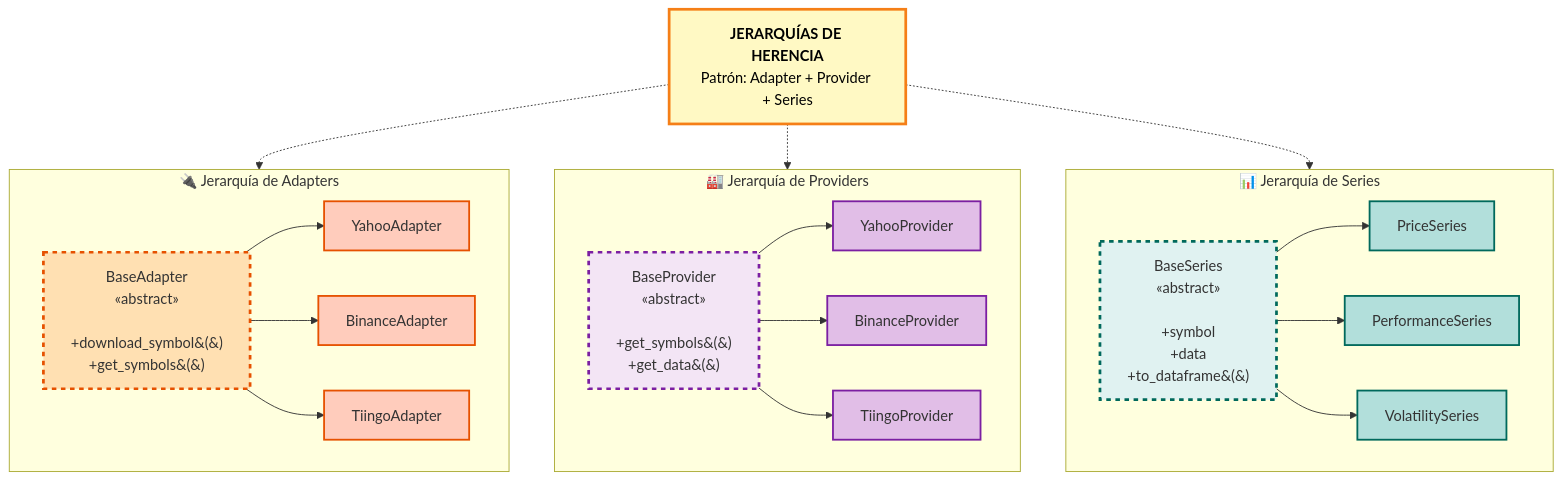
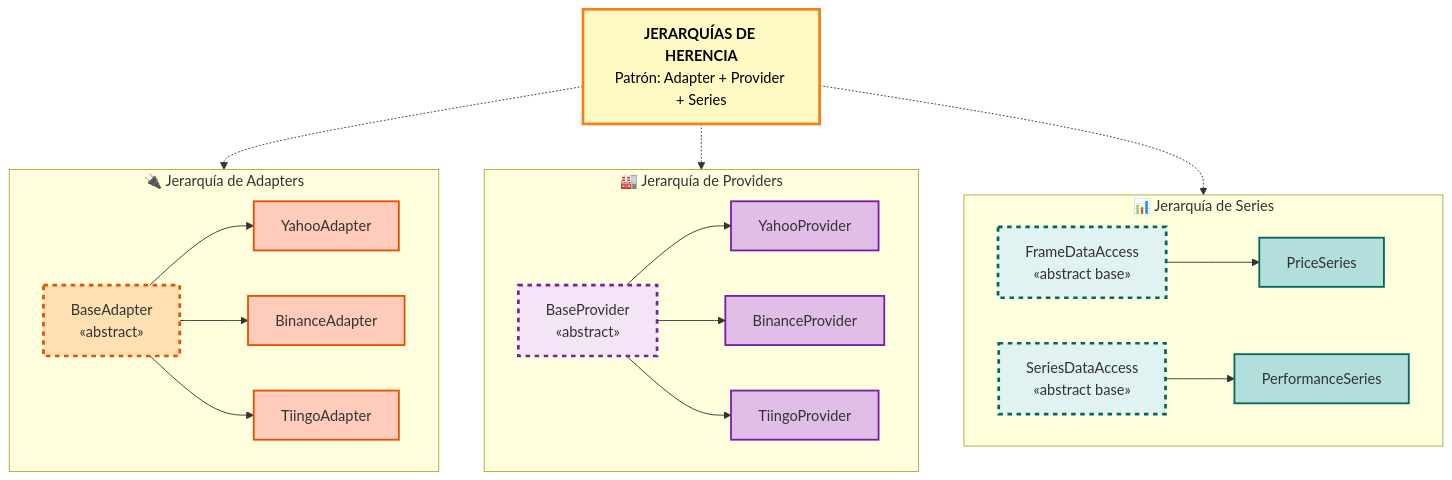
One commit to AlejandroGCN/analizador-bursatil changed the first of 2 diagrams in docs/DIAGRAMAS.md. Above: the diagram before and after it, drawn with Mermaid. The commit also changed other lines of this file and 19 other files, not shown here.

````diff
--- a/docs/DIAGRAMAS.md
+++ b/docs/DIAGRAMAS.md
@@ -11,70 +11,69 @@
 ```mermaid
 graph TB
     %% ============================================
     %% DIAGRAMA 1: JERARQUÍAS DE HERENCIA
     %% Muestra solo las herencias de forma clara
     %% ============================================
     
     TITLE["<b>JERARQUÍAS DE HERENCIA</b><br/>Patrón: Adapter + Provider + Series"]
     
     subgraph HIER1["🔌 Jerarquía de Adapters"]
-        BA["BaseAdapter<br/>«abstract»<br/><br/>+download_symbol&#40;&#41;<br/>+get_symbols&#40;&#41;"]
+        BA["BaseAdapter<br/>«abstract»"]
         
         YA[YahooAdapter]
         BIA[BinanceAdapter]
         TIA[TiingoAdapter]
         
         BA --> YA
         BA --> BIA
         BA --> TIA
     end
     
     subgraph HIER2["🏭 Jerarquía de Providers"]
-        BP["BaseProvider<br/>«abstract»<br/><br/>+get_symbols&#40;&#41;<br/>+get_data&#40;&#41;"]
+        BP["BaseProvider<br/>«abstract»"]
         
         YP[YahooProvider]
         BIP[BinanceProvider]
         TIP[TiingoProvider]
         
         BP --> YP
         BP --> BIP
         BP --> TIP
     end
     
     subgraph HIER3["📊 Jerarquía de Series"]
-        BS["BaseSeries<br/>«abstract»<br/><br/>+symbol<br/>+data<br/>+to_dataframe&#40;&#41;"]
+        FMIX["FrameDataAccess<br/>«abstract base»"]
+        SMIX["SeriesDataAccess<br/>«abstract base»"]
         
         PS[PriceSeries]
         PERF[PerformanceSeries]
-        VOL[VolatilitySeries]
         
-        BS --> PS
-        BS --> PERF
-        BS --> VOL
+        FMIX --> PS
+        SMIX --> PERF
     end
     
     TITLE -.-> HIER1 & HIER2 & HIER3
     
     %% ESTILOS
     style TITLE fill:#fff9c4,stroke:#f57f17,stroke-width:3px,color:#000
     
     %% Clases abstractas
     style BA fill:#ffe0b2,stroke:#e65100,stroke-width:3px,stroke-dasharray: 5 5
     style BP fill:#f3e5f5,stroke:#7b1fa2,stroke-width:3px,stroke-dasharray: 5 5
-    style BS fill:#e0f2f1,stroke:#00695c,stroke-width:3px,stroke-dasharray: 5 5
+    style FMIX fill:#e0f2f1,stroke:#00695c,stroke-width:3px,stroke-dasharray: 5 5
+    style SMIX fill:#e0f2f1,stroke:#00695c,stroke-width:3px,stroke-dasharray: 5 5
     
     %% Adapters concretos
     style YA fill:#ffccbc,stroke:#e65100,stroke-width:2px
     style BIA fill:#ffccbc,stroke:#e65100,stroke-width:2px
     style TIA fill:#ffccbc,stroke:#e65100,stroke-width:2px
     
     %% Providers concretos
     style YP fill:#e1bee7,stroke:#7b1fa2,stroke-width:2px
     style BIP fill:#e1bee7,stroke:#7b1fa2,stroke-width:2px
     style TIP fill:#e1bee7,stroke:#7b1fa2,stroke-width:2px
     
     %% Series concretas
     style PS fill:#b2dfdb,stroke:#00695c,stroke-width:2px
     style PERF fill:#b2dfdb,stroke:#00695c,stroke-width:2px
-    style VOL fill:#b2dfdb,stroke:#00695c,stroke-width:2px
 ```
````
